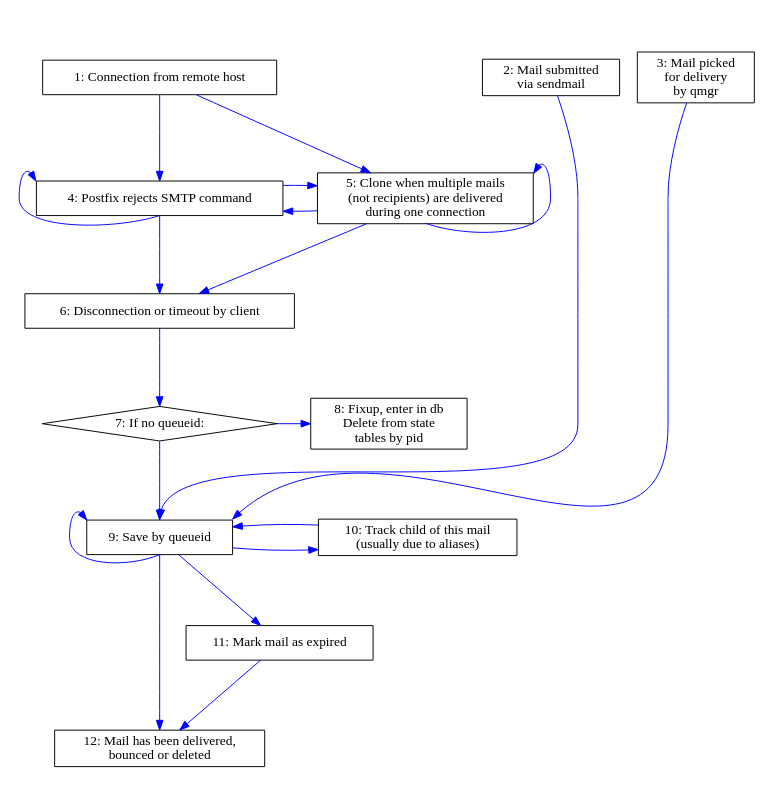
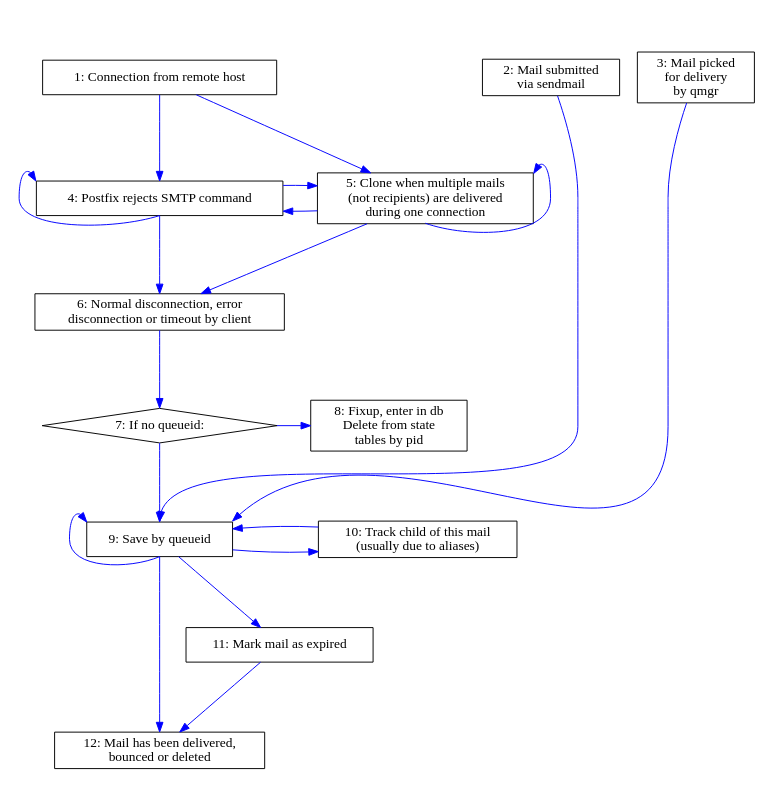
One commit to tobinjt/ASO changed the diagram in doc/logparser-flow-chart-part-1.dot. Above: the diagram before and after it, drawn with Graphviz. The commit also changed 4 other files, not shown here.

```diff
--- a/doc/logparser-flow-chart-part-1.dot
+++ b/doc/logparser-flow-chart-part-1.dot
@@ -1,110 +1,110 @@
 /* vim: set textwidth=160 : */
 /* $Id$ */
 
 digraph logparser {
     graph [
         /* This seems to be width, height - but they interact strangely, so 
          * I'm never sure.
          */
         size = "5.2, 8.4"
         margin = "0"
         center = true
     ]
     node [
         shape = box
     ]
     edge [
         color = blue
         fontcolor = red
         minlen = 2
     ]
 
     /* EDGES */
     /* Connect from client */
     connect                         -> { rejection } [weight = 5]
     rejection                       -> { rejection } [dir = back, headport = s, tailport = nw]
     rejection                       -> { disconnect } [weight = 5]
     connect                         -> { clone }
     clone                           -> { clone } [dir = back, headport = s, tailport = ne]
     clone                           -> { disconnect }
     clone                           -> { rejection }
     rejection                       -> { clone }
 
     /* Disconnect without queueid */
     disconnect                      -> { if_no_queueid } [weight = 5]
     if_no_queueid                   -> { fixup_enter_in_db_disconnect }
 
     /* Disconnect with queueid */
     if_no_queueid                   -> { save_by_queueid } [weight = 5]
 
     /* Misc entry */
     pickup                          -> { save_by_queueid } [headport = n]
     qmgr_chooses_mail               -> { save_by_queueid } [headport = ne]
     /* Graph placement */
     connect                         -> { pickup } [style = invis, weight = 0]
     connect                         -> { qmgr_chooses_mail } [style = invis, weight = 0]
 
     /* Save results by queueid */
     save_by_queueid                 -> { track } [minlen = 5]
     track                           -> { save_by_queueid }
     save_by_queueid                 -> { save_by_queueid } [dir = back, headport = s, tailport = nw]
     save_by_queueid                 -> { commit } [weight = 10]
 
     /* Expired mails */
     save_by_queueid                 -> { expiry }
     expiry                          -> { commit } [weight = 0]
 
     /* NODE LABELS */
     rejection                       [label = "4: Postfix rejects SMTP command"]
     connect                         [label = "1: Connection from remote host"]
     clone                           [label = "5: Clone when multiple mails\n(not recipients) are delivered\nduring one connection"]
 
     /* Disconnect without queueid */
-    disconnect                      [label = "6: Disconnection or timeout by client"]
+    disconnect                      [label = "6: Normal disconnection, error\ndisconnection or timeout by client"]
     if_no_queueid                   [label = "7: If no queueid:", shape = diamond]
     fixup_enter_in_db_disconnect    [label = "8: Fixup, enter in db\nDelete from state\ntables by pid"]
 
     /* Disconnect with queueid - already covered */
 
     /* Misc entry */
     pickup                          [label = "2: Mail submitted\nvia sendmail"]
     qmgr_chooses_mail               [label = "3: Mail picked \nfor delivery\nby qmgr"]
 
     /* Save results by queueid */
     save_by_queueid                 [label = "9: Save by queueid"]
     track                           [label = "10: Track child of this mail\n(usually due to aliases)"]
 
     /* Expiry */
     expiry                          [label = "11: Mark mail as expired"]
 
     /* Commit is complicated */
     /* Neither parent nor child. */
     commit                          [label = "12: Mail has been delivered,\nbounced or deleted"]
 
     /* SUB-GRAPHS */
     subgraph sources {
         rank = source
         pickup
         qmgr_chooses_mail
         connect
     }
 
     subgraph clone_or_save {
         rank = same
         clone
         rejection
     }
 
     subgraph disconnect_without_queueid {
         rank = same
         if_no_queueid
         fixup_enter_in_db_disconnect
     }
 
     subgraph save_or_track {
         rank = same
         track
         save_by_queueid
     }
 
 }
```
